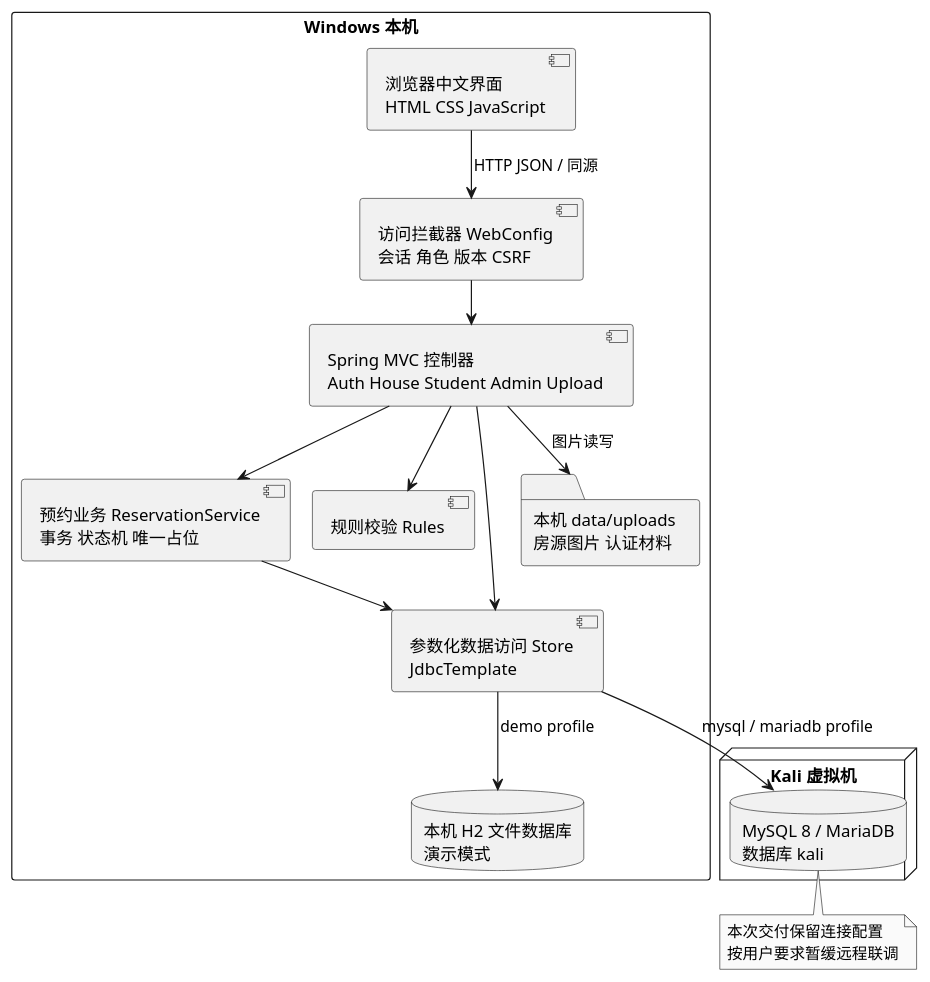
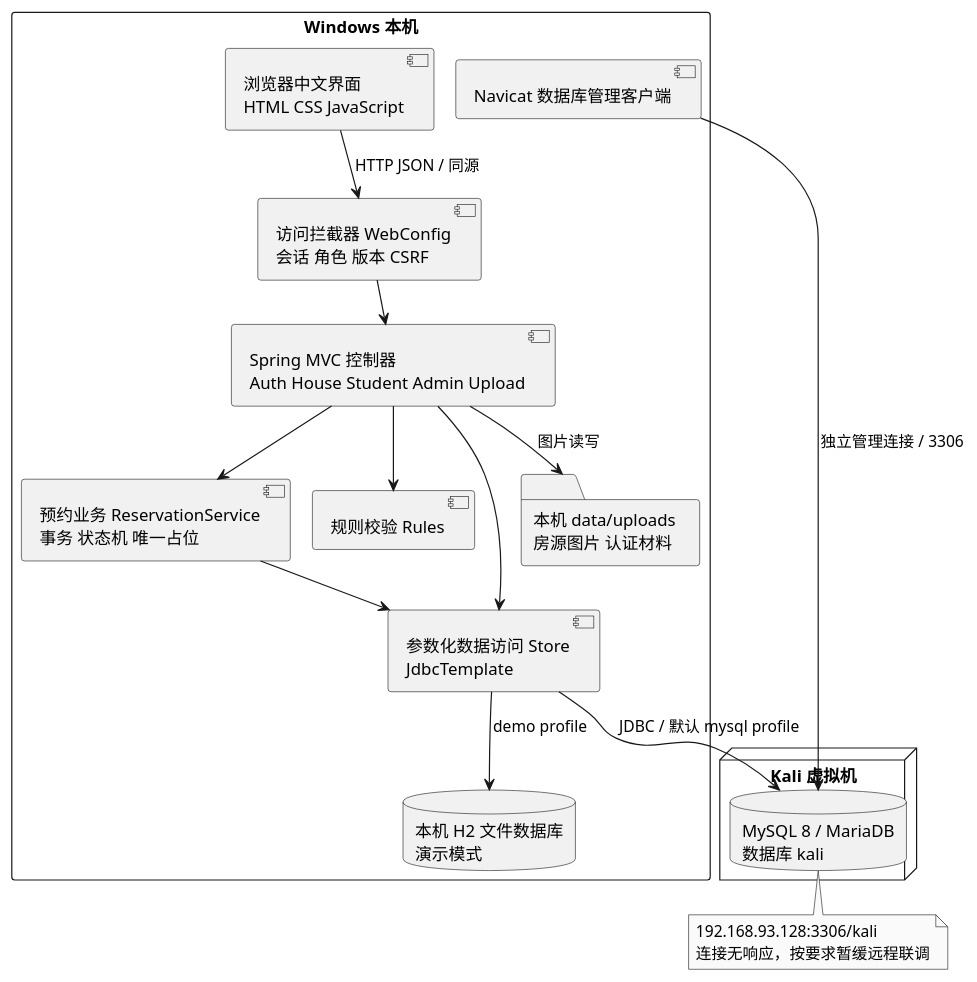
The diagram in docs/diagrams/03-architecture.puml (sxc2044-pixel/rental-hub), drawn with PlantUML before and after one commit. The commit also changed 52 other files, not shown here.

Commit message:
fix: default Windows startup to Kali MySQL and remove course labels from website

```diff
--- a/docs/diagrams/03-architecture.puml
+++ b/docs/diagrams/03-architecture.puml
@@ -1,32 +1,34 @@
 @startuml
 !pragma layout smetana
 skinparam defaultFontName Microsoft YaHei
 skinparam monochrome true
 skinparam shadowing false
 rectangle "Windows 本机" {
+ component "Navicat 数据库管理客户端" as Navicat
  component "浏览器中文界面\nHTML CSS JavaScript" as Browser
  component "Spring MVC 控制器\nAuth House Student Admin Upload" as Controllers
  component "访问拦截器 WebConfig\n会话 角色 版本 CSRF" as Guard
  component "预约业务 ReservationService\n事务 状态机 唯一占位" as Service
  component "规则校验 Rules" as Rules
  component "参数化数据访问 Store\nJdbcTemplate" as Store
  database "本机 H2 文件数据库\n演示模式" as H2
  folder "本机 data/uploads\n房源图片 认证材料" as Files
 }
 node "Kali 虚拟机" {
  database "MySQL 8 / MariaDB\n数据库 kali" as MySQL
 }
 Browser --> Guard : HTTP JSON / 同源
 Guard --> Controllers
 Controllers --> Rules
 Controllers --> Service
 Controllers --> Store
 Service --> Store
 Store --> H2 : demo profile
-Store --> MySQL : mysql / mariadb profile
+Store --> MySQL : JDBC / 默认 mysql profile
+Navicat --> MySQL : 独立管理连接 / 3306
 Controllers --> Files : 图片读写
 note bottom of MySQL
-本次交付保留连接配置
-按用户要求暂缓远程联调
+192.168.93.128:3306/kali
+连接无响应，按要求暂缓远程联调
 end note
 @enduml
```
